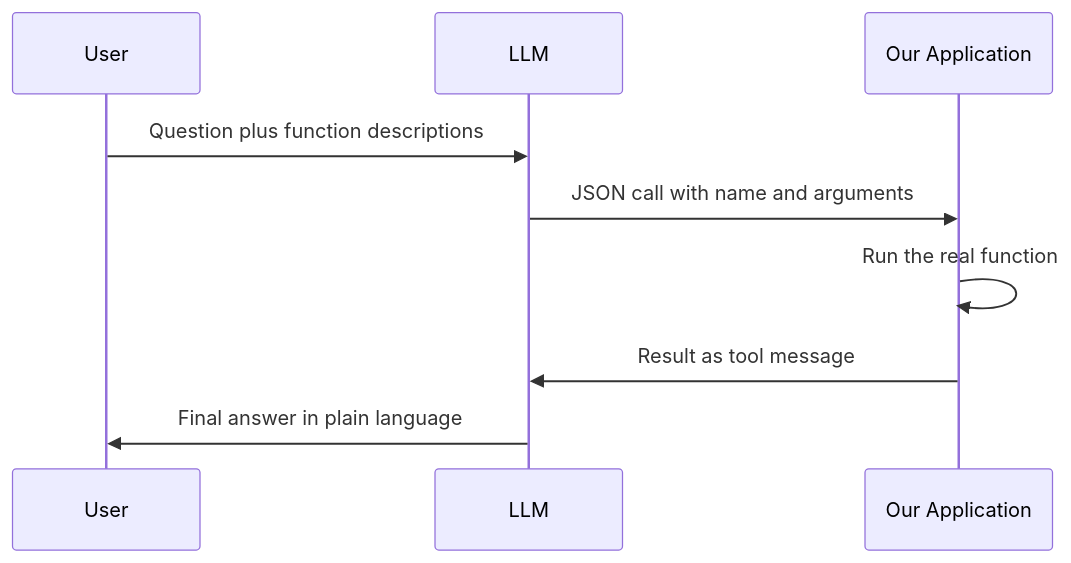
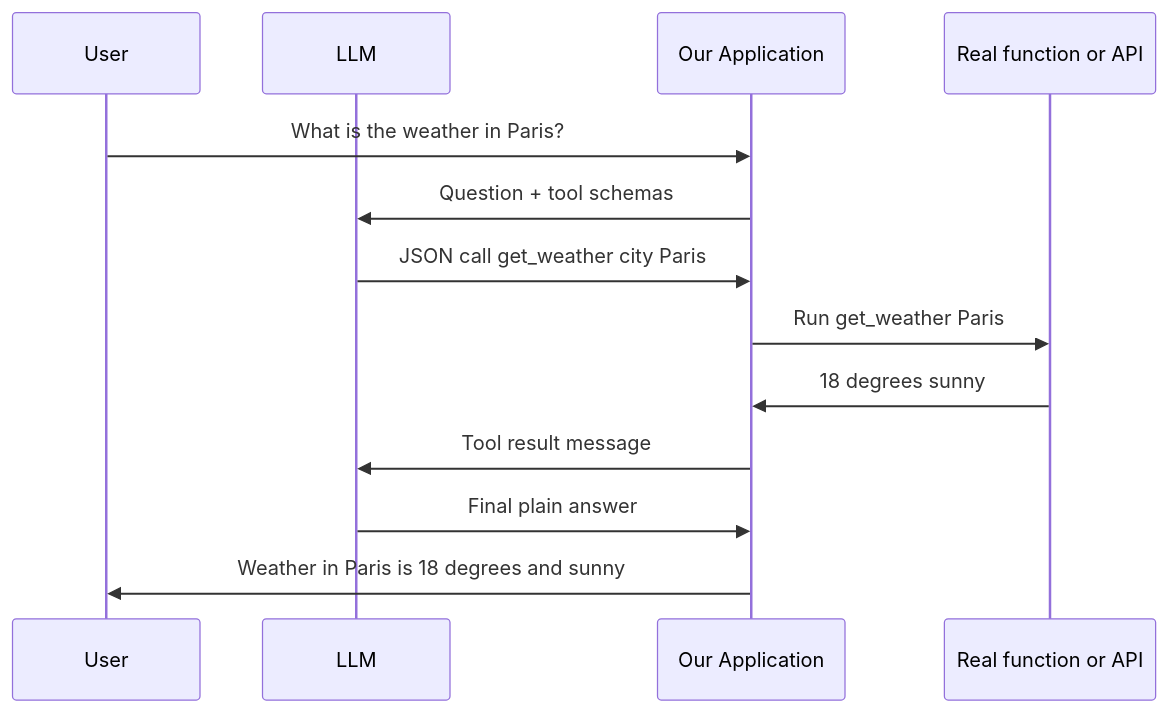
The diagram in notes/step-10-ai-agents-and-agentic-systems/120-how-does-function-calling-work-in-llms.md (kaisarnajar/outcome-school-blogs), drawn with Mermaid before and after one commit. The commit also changed other lines of this file and 233 other files, not shown here.

````diff
--- a/notes/step-10-ai-agents-and-agentic-systems/120-how-does-function-calling-work-in-llms.md
+++ b/notes/step-10-ai-agents-and-agentic-systems/120-how-does-function-calling-work-in-llms.md
@@ -46,11 +58,15 @@
 ```mermaid
 sequenceDiagram
-    participant U as User
-    participant M as LLM
-    participant A as Our Application
-    U->>M: Question plus function descriptions
-    M->>A: JSON call with name and arguments
-    A->>A: Run the real function
-    A->>M: Result as tool message
-    M->>U: Final answer in plain language
+participant U as User
+participant M as LLM
+participant A as Our Application
+participant T as Real function or API
+U->>A: What is the weather in Paris?
+A->>M: Question + tool schemas
+M->>A: JSON call get_weather city Paris
+A->>T: Run get_weather Paris
+T->>A: 18 degrees sunny
+A->>M: Tool result message
+M->>A: Final plain answer
+A->>U: Weather in Paris is 18 degrees and sunny
 ```
````
